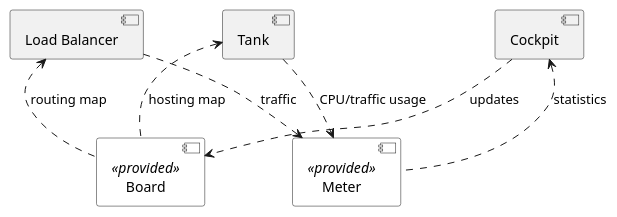
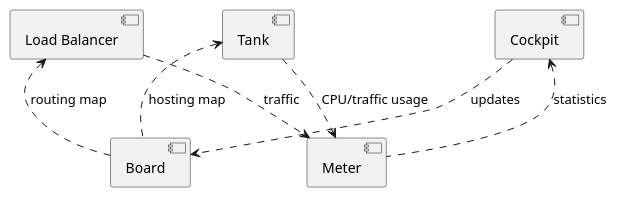
One commit to yegor256/thindeck changed the first of 2 diagrams in src/jekyll/_posts/2014/jun/2014-06-24-component-view.md. Above: the diagram before and after it, drawn with PlantUML. The commit also changed other lines of this file, not shown here.

Commit message:
#252 stereotypes removed

```diff
--- a/src/jekyll/_posts/2014/jun/2014-06-24-component-view.md
+++ b/src/jekyll/_posts/2014/jun/2014-06-24-component-view.md
@@ -25,16 +25,16 @@
 {% plantuml %}
 skinparam component {
   BackgroundColor<<provided>> White
 }
-component "Meter" <<provided>> as meter
-component "Board" <<provided>> as board
+component "Meter" as meter
+component "Board" as board
 component "Load Balancer" as lb
 component "Cockpit" as cockpit
 component "Tank" as tank
 lb ..> meter: traffic
 lb <.. board: routing map
 tank ..> meter: CPU/traffic usage
 tank <.. board: hosting map
 cockpit ..> board: updates
 cockpit <.. meter: statistics
 {% endplantuml %}
```
